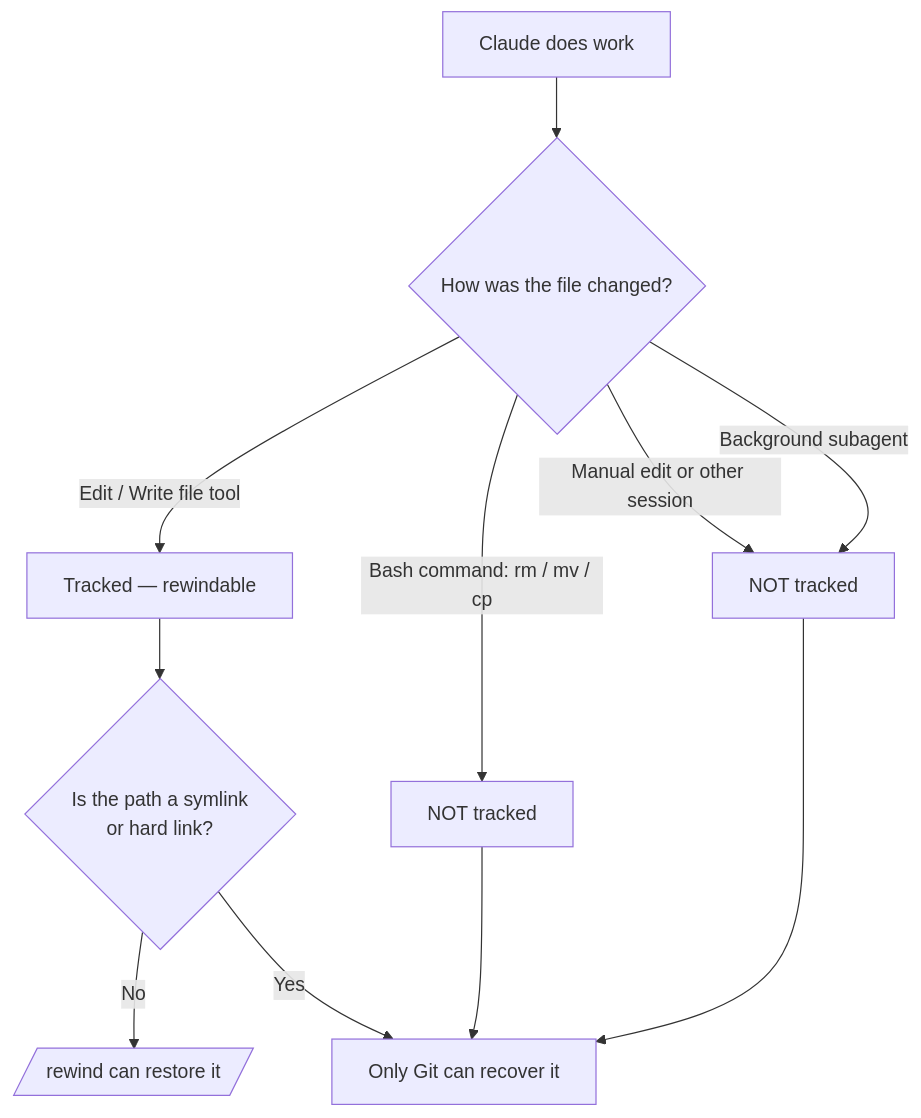
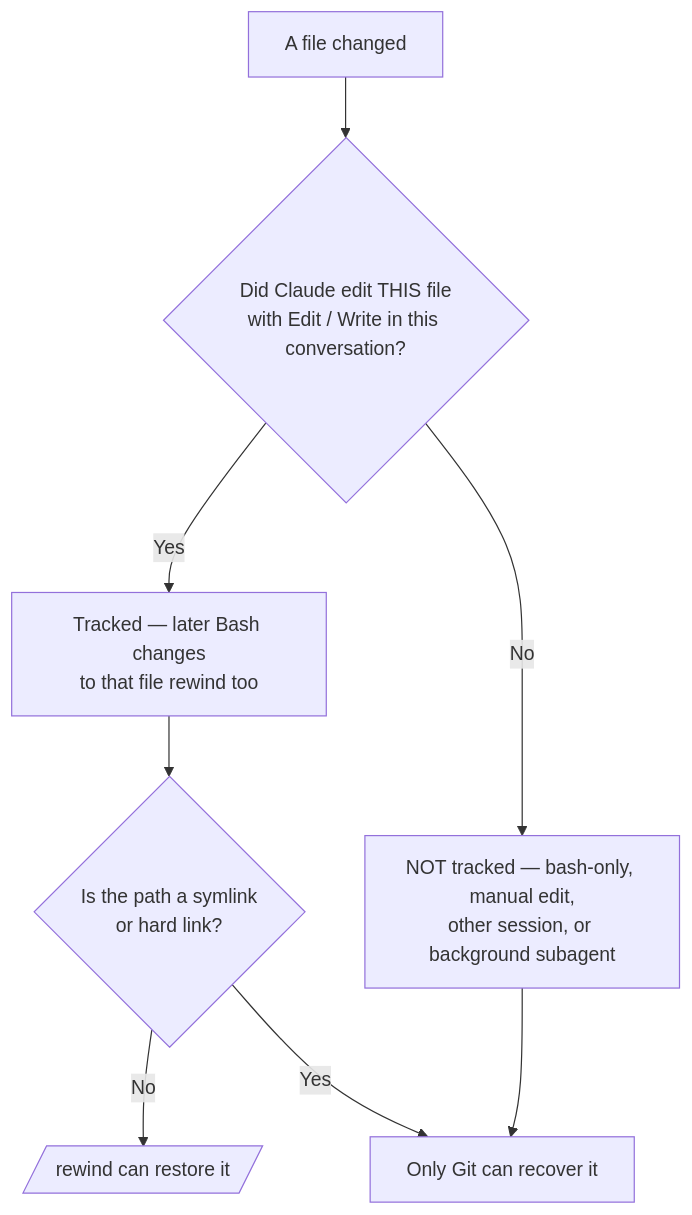
The diagram in docs/claude-code/checkpoints-and-rewind.mdx (derob98/ailmanac), drawn with Mermaid before and after one commit. The commit also changed other lines of this file, not shown here.

First line of the commit message:
fix(checkpoints): bash changes DO rewind on files Claude already edited

````diff
--- a/docs/claude-code/checkpoints-and-rewind.mdx
+++ b/docs/claude-code/checkpoints-and-rewind.mdx
@@ -80,13 +80,10 @@
 ```mermaid
 flowchart TD
-    A[Claude does work] --> B{How was the file changed?}
-    B -->|Edit / Write file tool| C[Tracked — rewindable]
-    B -->|Bash command: rm / mv / cp| D[NOT tracked]
-    B -->|Manual edit or other session| E[NOT tracked]
-    B -->|Background subagent| E
+    A[A file changed] --> B{Did Claude edit THIS file<br/>with Edit / Write in this conversation?}
+    B -->|Yes| C[Tracked — later Bash changes<br/>to that file rewind too]
+    B -->|No| D[NOT tracked — bash-only, manual edit,<br/>other session, or background subagent]
     C --> H{Is the path a symlink<br/>or hard link?}
     H -->|No| F[/rewind can restore it/]
     H -->|Yes| G[Only Git can recover it]
     D --> G
-    E --> G
 ```
````
